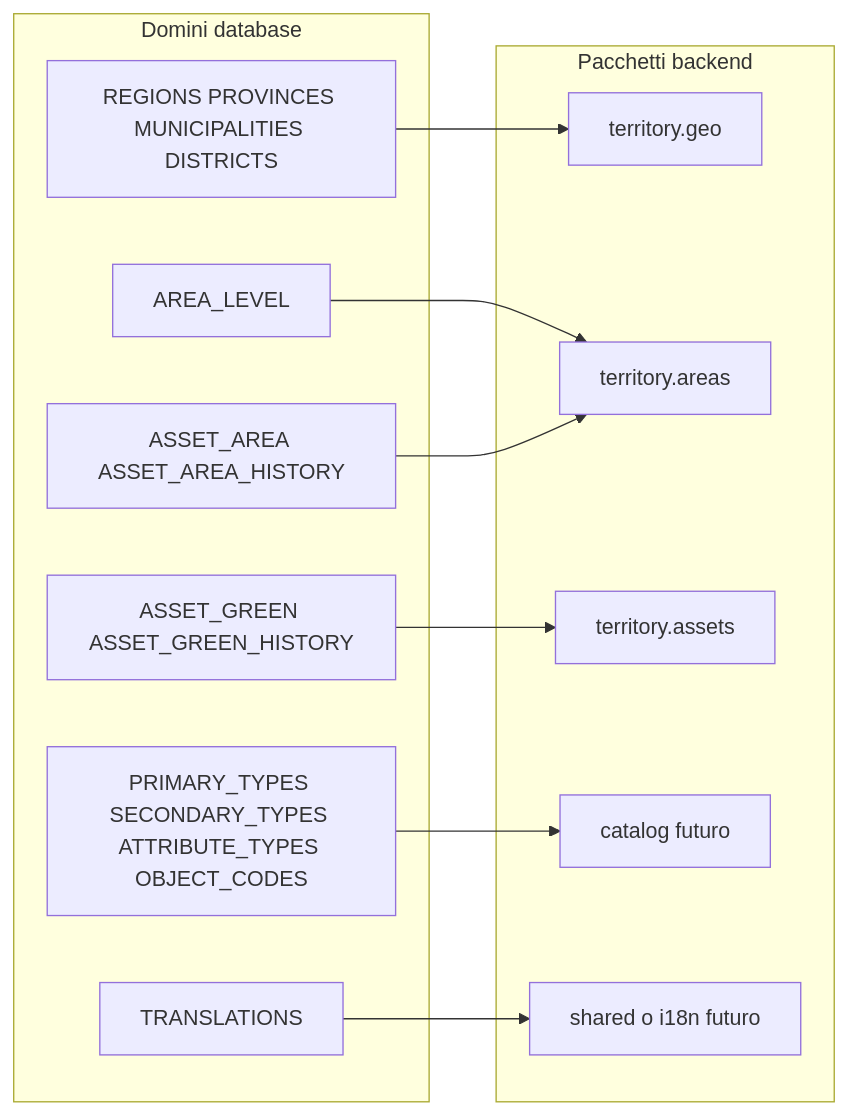
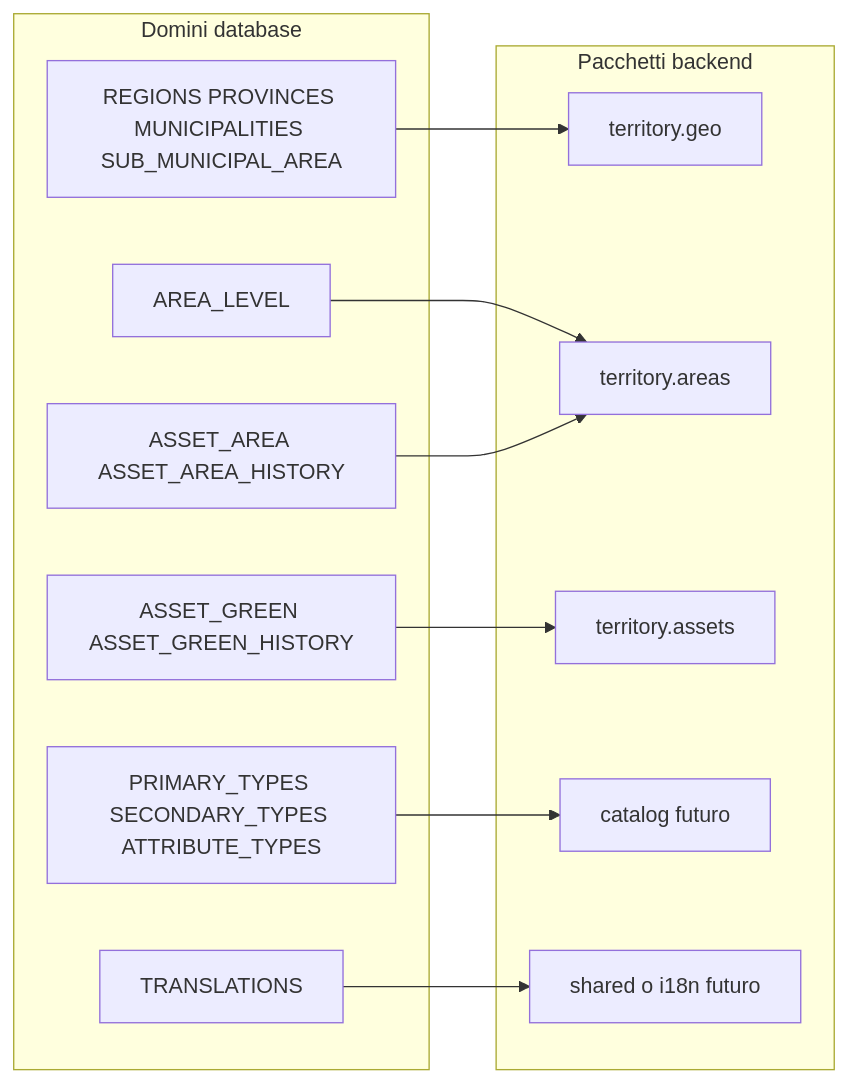
Before and after one commit to dany27041991/cadastre: the first of 4 diagrams in backend/docs/modular-package-structure.md, drawn with Mermaid. The commit also changed other lines of this file and 256 other files, not shown here.

````diff
--- a/backend/docs/modular-package-structure.md
+++ b/backend/docs/modular-package-structure.md
@@ -40,26 +40,26 @@
 ```mermaid
 flowchart LR
     subgraph DB["Domini database"]
-        GEO[REGIONS PROVINCES MUNICIPALITIES DISTRICTS]
+        GEO[REGIONS PROVINCES MUNICIPALITIES SUB_MUNICIPAL_AREA]
         LEVEL[AREA_LEVEL]
-        DBT[PRIMARY_TYPES SECONDARY_TYPES ATTRIBUTE_TYPES OBJECT_CODES]
+        DBT[PRIMARY_TYPES SECONDARY_TYPES ATTRIBUTE_TYPES]
         AREA[ASSET_AREA ASSET_AREA_HISTORY]
         ASSET[ASSET_GREEN ASSET_GREEN_HISTORY]
         I18N[TRANSLATIONS]
     end
 
     subgraph PKG["Pacchetti backend"]
         territory_geo[territory.geo]
         territory_areas[territory.areas]
         territory_assets[territory.assets]
         catalog_future["catalog futuro"]
         shared_future["shared o i18n futuro"]
     end
 
     GEO --> territory_geo
     LEVEL --> territory_areas
     DBT --> catalog_future
     AREA --> territory_areas
     ASSET --> territory_assets
     I18N --> shared_future
 ```
````
